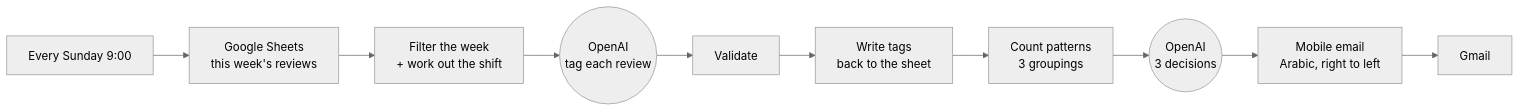
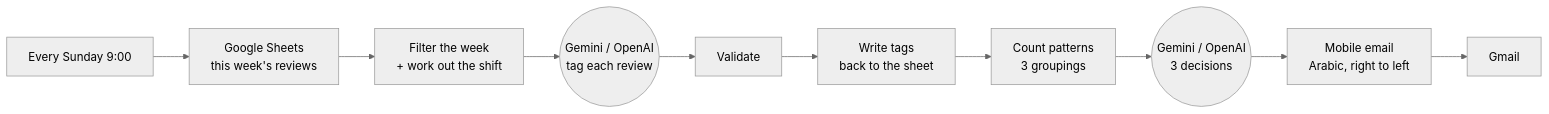
One commit to Sfditala/review-to-kitchen-report changed the diagram in README.md. Above: the diagram before and after it, drawn with Mermaid (neutral theme). The commit also changed other lines of this file and 9 other files, not shown here.

First line of the commit message:
Run on any OpenAI-compatible model; Gemini free tier by default

````diff
--- a/README.md
+++ b/README.md
@@ -56,12 +56,12 @@
 ```mermaid
 flowchart LR
     T["Every Sunday 9:00"] --> R["Google Sheets<br/>this week's reviews"]
     R --> F["Filter the week<br/>+ work out the shift"]
-    F --> C(("OpenAI<br/>tag each review"))
+    F --> C(("Gemini / OpenAI<br/>tag each review"))
     C --> V["Validate"]
     V --> W["Write tags<br/>back to the sheet"]
     W --> G["Count patterns<br/>3 groupings"]
-    G --> D(("OpenAI<br/>3 decisions"))
+    G --> D(("Gemini / OpenAI<br/>3 decisions"))
     D --> E["Mobile email<br/>Arabic, right to left"]
     E --> M["Gmail"]
 ```
````
